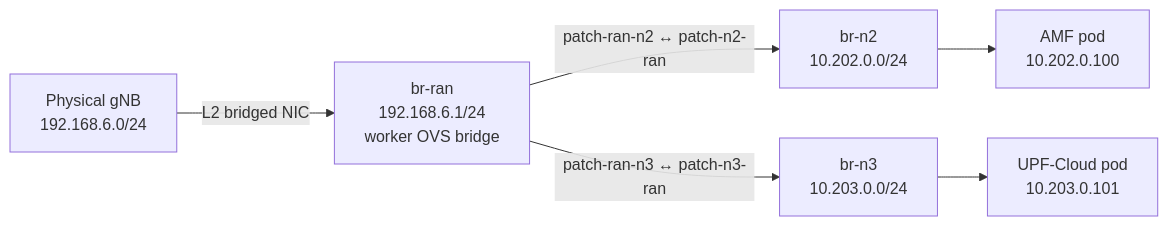
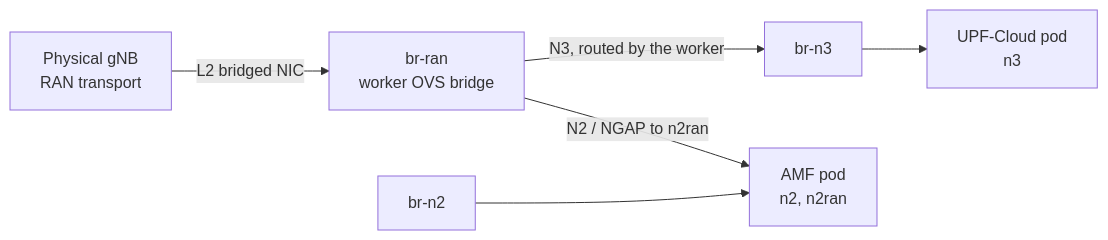
Before and after one commit to Jacobbista/kelt: the fifth of 5 diagrams in docs/architecture/network-topology.md, drawn with Mermaid. The commit also changed other lines of this file and 27 other files, not shown here.

````diff
--- a/docs/architecture/network-topology.md
+++ b/docs/architecture/network-topology.md
@@ -360,27 +361,24 @@
 ```mermaid
 graph LR
     GNB["Physical gNB
-    192.168.6.0/24"]
+    RAN transport"]
 
     BRAN["br-ran
-    192.168.6.1/24
     worker OVS bridge"]
 
-    BN2["br-n2
-    10.202.0.0/24"]
+    BN2["br-n2"]
 
-    BN3["br-n3
-    10.203.0.0/24"]
+    BN3["br-n3"]
 
     AMF["AMF pod
-    10.202.0.100"]
+    n2, n2ran"]
 
     UPF["UPF-Cloud pod
-    10.203.0.101"]
+    n3"]
 
     GNB -->|"L2 bridged NIC"| BRAN
-    BRAN -->|"patch-ran-n2 ↔ patch-n2-ran"| BN2
-    BRAN -->|"patch-ran-n3 ↔ patch-n3-ran"| BN3
+    BRAN -->|"N2 / NGAP to n2ran"| AMF
+    BRAN -->|"N3, routed by the worker"| BN3
     BN2 --> AMF
     BN3 --> UPF
 ```
````
